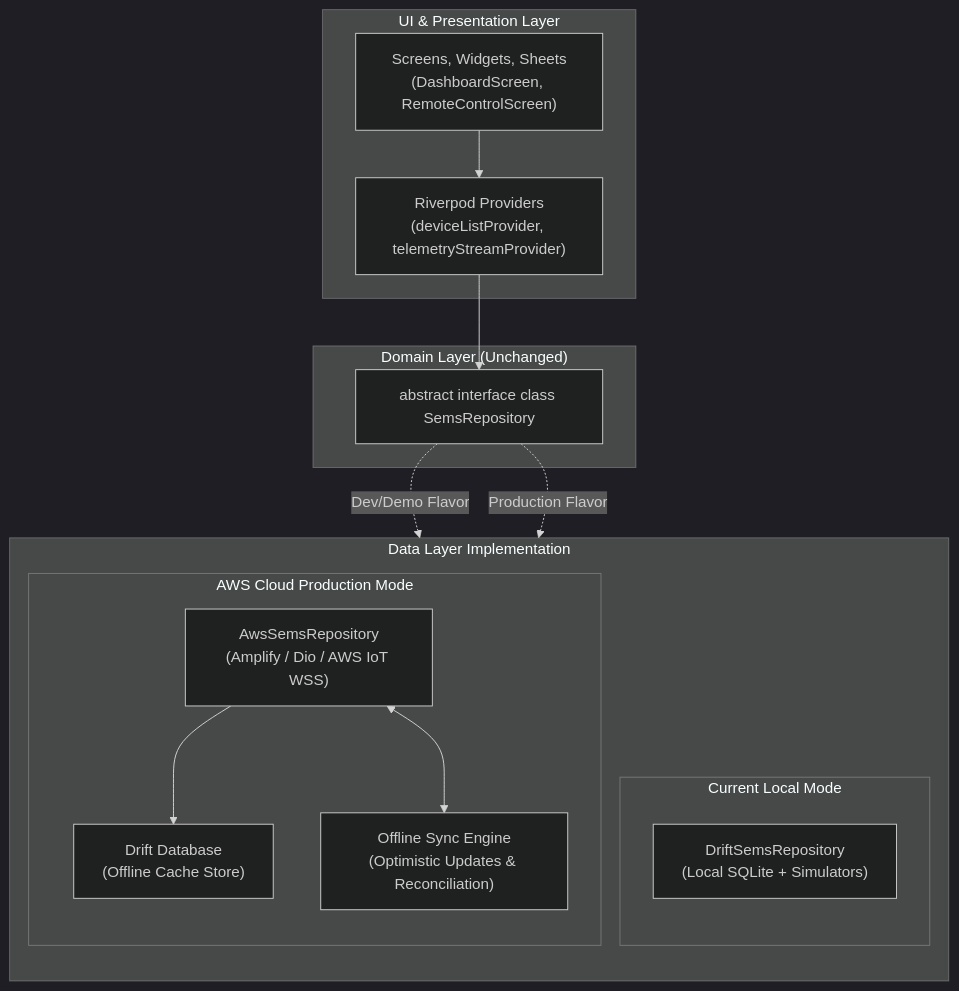
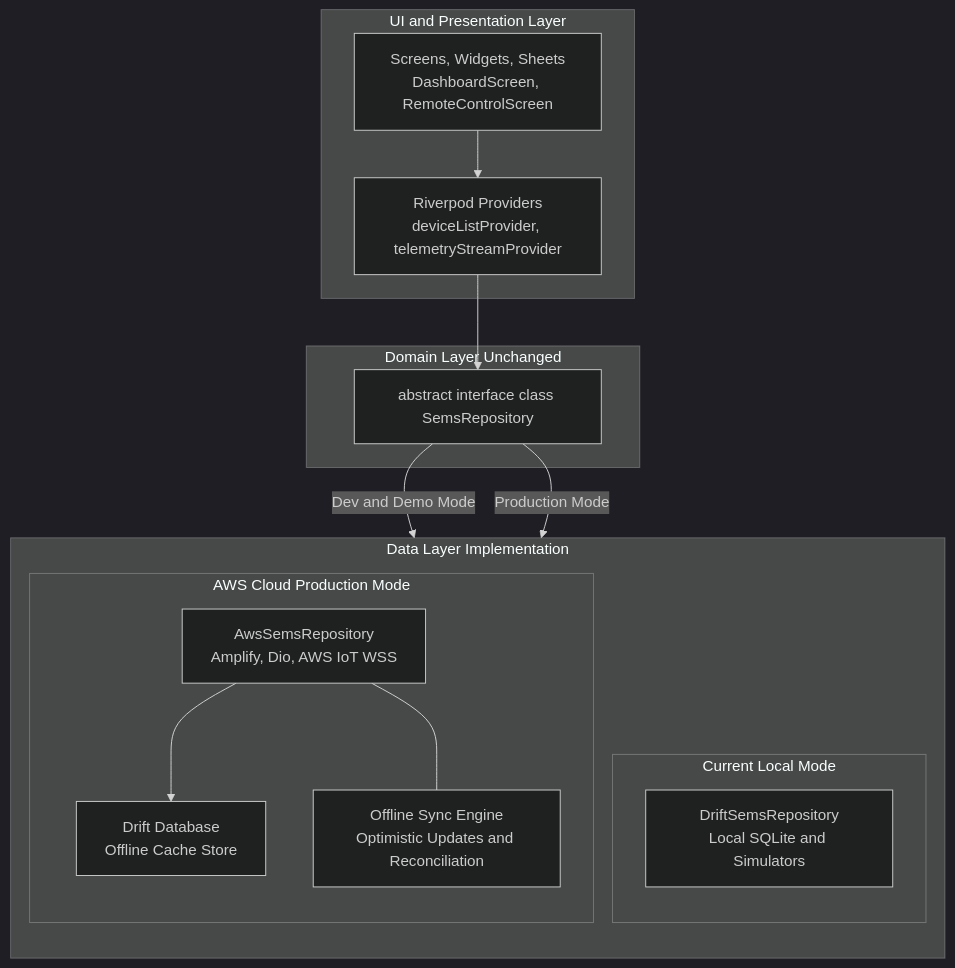
Before and after one commit to VimalChaudhary07/SEMS: the tenth of 11 diagrams in AWS_BACKEND_INTEGRATION_PLAN.md, drawn with Mermaid (dark theme). The commit also changed other lines of this file and 5 other files, not shown here.

````diff
--- a/AWS_BACKEND_INTEGRATION_PLAN.md
+++ b/AWS_BACKEND_INTEGRATION_PLAN.md
@@ -621,30 +619,30 @@
 ```mermaid
 flowchart TD
-    subgraph Presentation["UI & Presentation Layer"]
-        Widgets["Screens, Widgets, Sheets<br/>(DashboardScreen, RemoteControlScreen)"]
-        Providers["Riverpod Providers<br/>(deviceListProvider, telemetryStreamProvider)"]
+    subgraph Presentation["UI and Presentation Layer"]
+        Widgets["Screens, Widgets, Sheets<br/>DashboardScreen, RemoteControlScreen"]
+        Providers["Riverpod Providers<br/>deviceListProvider, telemetryStreamProvider"]
     end
 
-    subgraph Domain["Domain Layer (Unchanged)"]
+    subgraph Domain["Domain Layer Unchanged"]
         RepoContract["abstract interface class SemsRepository"]
     end
 
     subgraph DataLayer["Data Layer Implementation"]
         direction TB
         subgraph Current["Current Local Mode"]
-            DriftRepo["DriftSemsRepository<br/>(Local SQLite + Simulators)"]
+            DriftRepo["DriftSemsRepository<br/>Local SQLite and Simulators"]
         end
         subgraph Future["AWS Cloud Production Mode"]
-            AwsRepo["AwsSemsRepository<br/>(Amplify / Dio / AWS IoT WSS)"]
-            DriftCache["Drift Database<br/>(Offline Cache Store)"]
-            SyncEngine["Offline Sync Engine<br/>(Optimistic Updates & Reconciliation)"]
+            AwsRepo["AwsSemsRepository<br/>Amplify, Dio, AWS IoT WSS"]
+            DriftCache["Drift Database<br/>Offline Cache Store"]
+            SyncEngine["Offline Sync Engine<br/>Optimistic Updates and Reconciliation"]
         end
     end
 
     Widgets --> Providers
     Providers --> RepoContract
-    RepoContract -.->|Dev/Demo Flavor| DriftRepo
-    RepoContract -.->|Production Flavor| AwsRepo
+    RepoContract -->|Dev and Demo Mode| DriftRepo
+    RepoContract -->|Production Mode| AwsRepo
     AwsRepo --> DriftCache
-    AwsRepo <--> SyncEngine
+    AwsRepo --- SyncEngine
 ```
````
